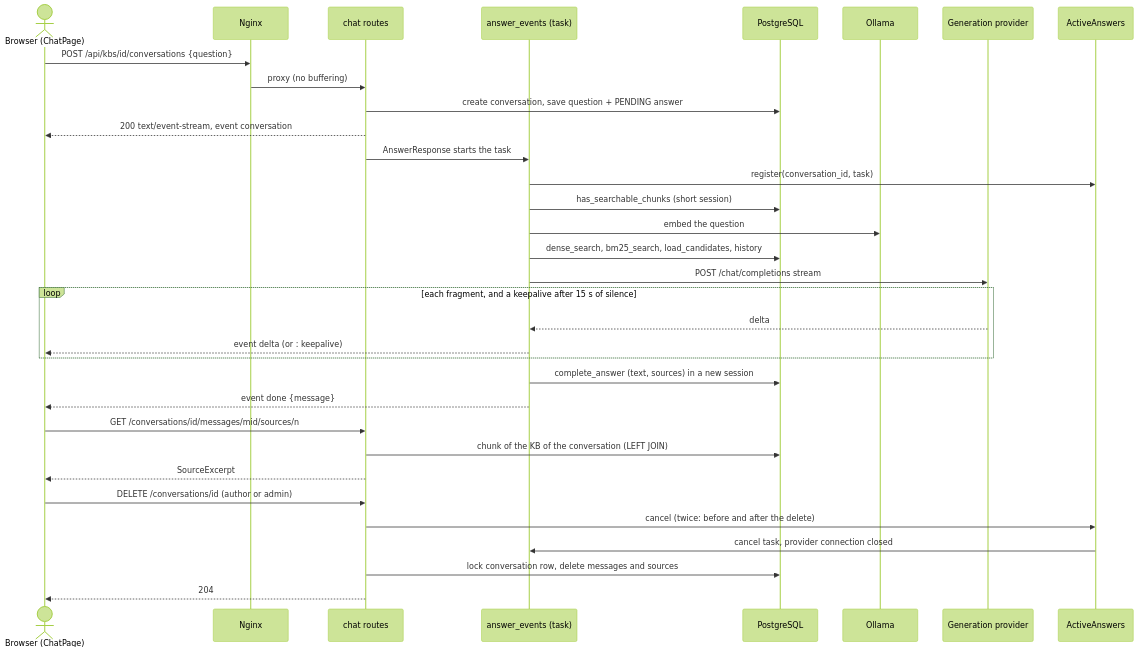
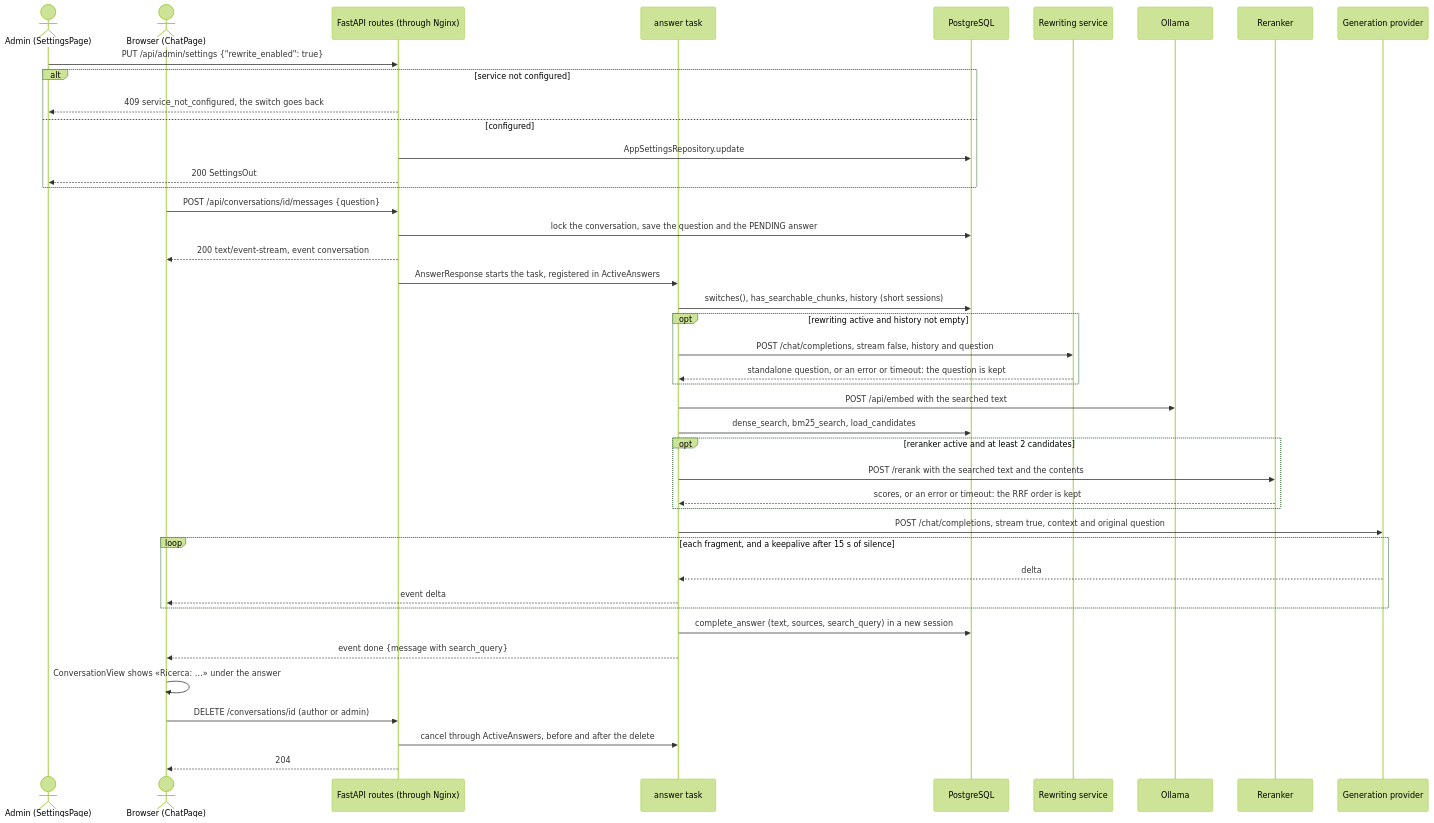
Before and after one commit to jumping2000/advancedRAG: the second of 5 diagrams in docs/system/chat.md, drawn with Mermaid (forest theme). The commit also changed other lines of this file and 2 other files, not shown here.

First line of the commit message:
T-05: close phase 4 in docs/system (chat.md diagrams redrawn, Ricerca, known limits; the Settings page in fondazioni.md); spec implemented

````diff
--- a/docs/system/chat.md
+++ b/docs/system/chat.md
@@ -276,35 +307,45 @@
 ```mermaid
 sequenceDiagram
+    actor Ad as Admin (SettingsPage)
     actor B as Browser (ChatPage)
-    participant N as Nginx
-    participant R as chat routes
-    participant S as answer_events (task)
+    participant API as FastAPI routes (through Nginx)
+    participant S as answer task
     participant DB as PostgreSQL
+    participant RW as Rewriting service
     participant OL as Ollama
+    participant RK as Reranker
     participant G as Generation provider
-    participant A as ActiveAnswers
-    B->>N: POST /api/kbs/id/conversations {question}
-    N->>R: proxy (no buffering)
-    R->>DB: create conversation, save question + PENDING answer
-    R-->>B: 200 text/event-stream, event conversation
-    R->>S: AnswerResponse starts the task
-    S->>A: register(conversation_id, task)
-    S->>DB: has_searchable_chunks (short session)
-    S->>OL: embed the question
-    S->>DB: dense_search, bm25_search, load_candidates, history
-    S->>G: POST /chat/completions stream
+    Ad->>API: PUT /api/admin/settings {"rewrite_enabled": true}
+    alt service not configured
+        API-->>Ad: 409 service_not_configured, the switch goes back
+    else configured
+        API->>DB: AppSettingsRepository.update
+        API-->>Ad: 200 SettingsOut
+    end
+    B->>API: POST /api/conversations/id/messages {question}
+    API->>DB: lock the conversation, save the question and the PENDING answer
+    API-->>B: 200 text/event-stream, event conversation
+    API->>S: AnswerResponse starts the task, registered in ActiveAnswers
+    S->>DB: switches(), has_searchable_chunks, history (short sessions)
+    opt rewriting active and history not empty
+        S->>RW: POST /chat/completions, stream false, history and question
+        RW-->>S: standalone question, or an error or timeout: the question is kept
+    end
+    S->>OL: POST /api/embed with the searched text
+    S->>DB: dense_search, bm25_search, load_candidates
+    opt reranker active and at least 2 candidates
+        S->>RK: POST /rerank with the searched text and the contents
+        RK-->>S: scores, or an error or timeout: the RRF order is kept
+    end
+    S->>G: POST /chat/completions, stream true, context and original question
     loop each fragment, and a keepalive after 15 s of silence
         G-->>S: delta
-        S-->>B: event delta (or : keepalive)
+        S-->>B: event delta
     end
-    S->>DB: complete_answer (text, sources) in a new session
-    S-->>B: event done {message}
-    B->>R: GET /conversations/id/messages/mid/sources/n
-    R->>DB: chunk of the KB of the conversation (LEFT JOIN)
-    R-->>B: SourceExcerpt
-    B->>R: DELETE /conversations/id (author or admin)
-    R->>A: cancel (twice: before and after the delete)
-    A->>S: cancel task, provider connection closed
-    R->>DB: lock conversation row, delete messages and sources
-    R-->>B: 204
+    S->>DB: complete_answer (text, sources, search_query) in a new session
+    S-->>B: event done {message with search_query}
+    B->>B: ConversationView shows «Ricerca: …» under the answer
+    B->>API: DELETE /conversations/id (author or admin)
+    API->>S: cancel through ActiveAnswers, before and after the delete
+    API-->>B: 204
 ```
````
